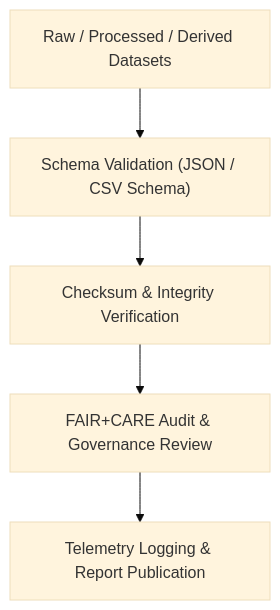
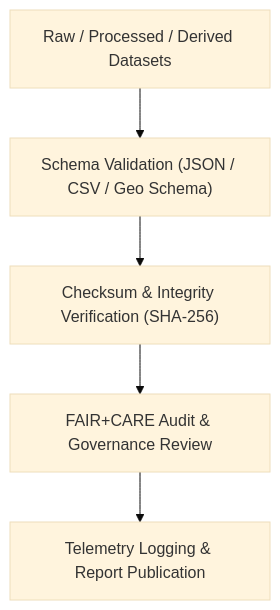
One commit to bartytime4life/Kansas-Frontier-Matrix changed the diagram in docs/analyses/historical/datasets/validation/README.md. Above: the diagram before and after it, drawn with Mermaid (base theme). The commit also changed other lines of this file, not shown here.

````diff
--- a/docs/analyses/historical/datasets/validation/README.md
+++ b/docs/analyses/historical/datasets/validation/README.md
@@ -64,7 +115,7 @@
 ```mermaid
 flowchart TD
-    A["Raw / Processed / Derived Datasets"] --> B["Schema Validation (JSON / CSV Schema)"]
-    B --> C["Checksum & Integrity Verification"]
+    A["Raw / Processed / Derived Datasets"] --> B["Schema Validation (JSON / CSV / Geo Schema)"]
+    B --> C["Checksum & Integrity Verification (SHA-256)"]
     C --> D["FAIR+CARE Audit & Governance Review"]
     D --> E["Telemetry Logging & Report Publication"]
 ```
````
